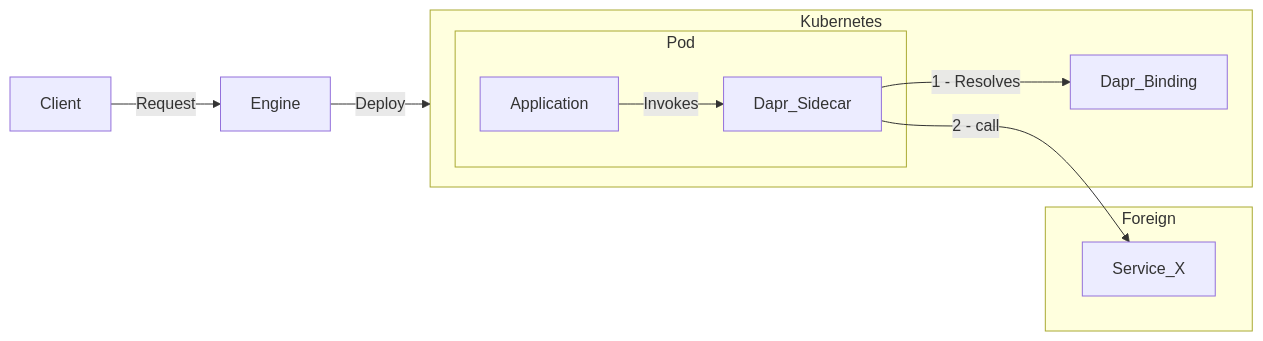
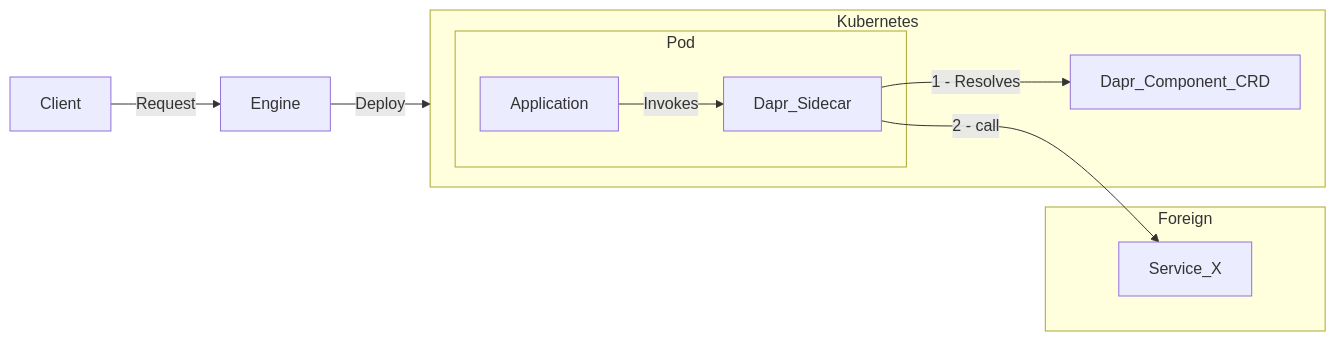
The second of 2 diagrams in resources/2024-10-dapr-bindings.md (radius-project/design-notes), drawn with Mermaid before and after one commit. The commit also changed other lines of this file, not shown here.

````diff
--- a/resources/2024-10-dapr-bindings.md
+++ b/resources/2024-10-dapr-bindings.md
@@ -180,22 +197,22 @@
 ```mermaid
 graph LR
     Client -->|Request| Engine
     Engine -->|Deploy| Kubernetes
     Application -->|Invokes| Dapr_Sidecar
-    Dapr_Sidecar -->|1 - Resolves| Dapr_Binding
+    Dapr_Sidecar -->|1 - Resolves| Dapr_Component_CRD
     Dapr_Sidecar --> |2 - call| Service_X
 
     subgraph Foreign
         Service_X
     end
 
     subgraph Pod
         Application
         Dapr_Sidecar
     end
 
     subgraph Kubernetes
         Pod
-        Dapr_Binding
+        Dapr_Component_CRD
     end
 ```	
````
